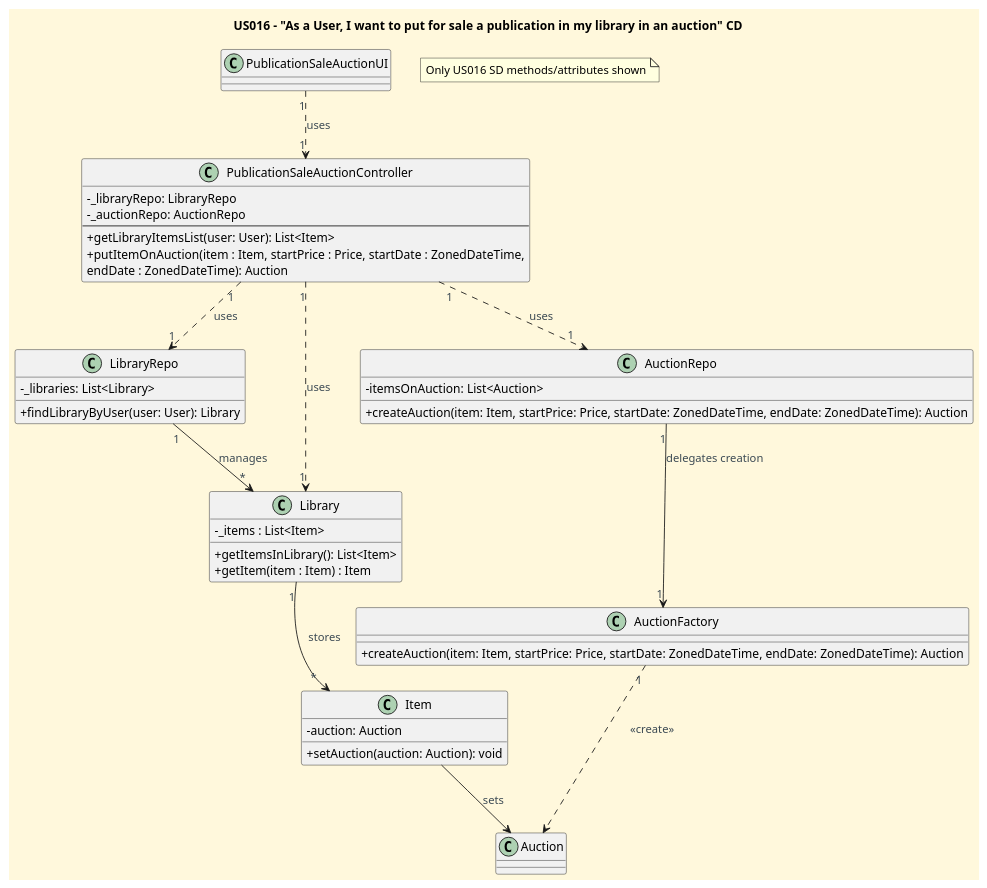
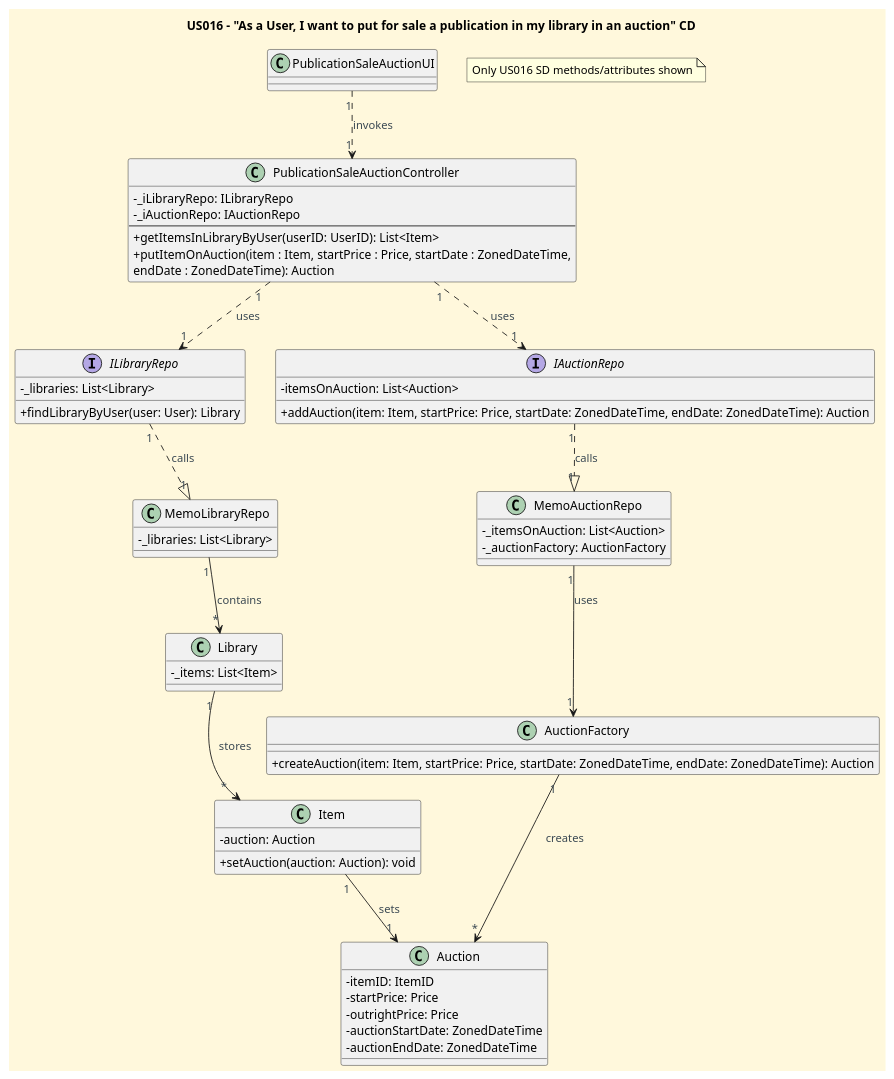
One commit to CarolinaLeite-collab/JavaMarketplacePlatform changed the diagram in docs/userStories/US016/US016_publication_sale_auction_CD.puml. Above: the diagram before and after it, drawn with PlantUML. The commit also changed 1 other file, not shown here.

Commit message:
Modified the CD and SD diagrams of US016 according to DDD, #386

```diff
--- a/docs/userStories/US016/US016_publication_sale_auction_CD.puml
+++ b/docs/userStories/US016/US016_publication_sale_auction_CD.puml
@@ -1,81 +1,97 @@
 @startuml
 'https://plantuml.com/class-diagram
 title US016 – "As a User, I want to put for sale a publication in my library in an auction" CD
 
 '==== basic style ====
 skinparam monochrome false
 skinparam shadowing false
 skinparam defaultFontName Futura
 skinparam objectFontSize 20
 skinparam backgroundColor CornSilk
 skinparam objectBackgroundColor WhiteSmoke
 skinparam noteBackgroundColor #FFFFE0
 skinparam ArrowFontColor #3B4953
 skinparam ActivationBackgroundColor black
 skinparam classAttributeIconSize 0
 
 '=== Classes ===
 class PublicationSaleAuctionUI {
 }
 
 class PublicationSaleAuctionController {
-  - _libraryRepo: LibraryRepo
-  - _auctionRepo: AuctionRepo
+  - _iLibraryRepo: ILibraryRepo
+  - _iAuctionRepo: IAuctionRepo
   --
-  + getLibraryItemsList(user: User): List<Item>
+  + getItemsInLibraryByUser(userID: UserID): List<Item>
   + putItemOnAuction(item : Item, startPrice : Price, startDate : ZonedDateTime,
                             endDate : ZonedDateTime): Auction
 }
 
-class LibraryRepo {
+Interface ILibraryRepo {
   - _libraries: List<Library>
   + findLibraryByUser(user: User): Library
 }
 
-class Library {
-  - _items : List<Item>
-  + getItemsInLibrary(): List<Item>
-  + getItem(item : Item) : Item
+class MemoLibraryRepo {
+  - _libraries: List<Library>
 }
+
 
 class Item {
   - auction: Auction
   + setAuction(auction: Auction): void
 }
 
-class AuctionRepo {
+Interface IAuctionRepo {
   - itemsOnAuction: List<Auction>
-  + createAuction(item: Item, startPrice: Price, startDate: ZonedDateTime, endDate: ZonedDateTime): Auction
+  + addAuction(item: Item, startPrice: Price, startDate: ZonedDateTime, endDate: ZonedDateTime): Auction
+}
+
+class MemoAuctionRepo {
+-_itemsOnAuction: List<Auction>
+-_auctionFactory: AuctionFactory
 }
 
 class Auction {
+- itemID: ItemID
+- startPrice: Price
+- outrightPrice: Price
+- auctionStartDate: ZonedDateTime
+- auctionEndDate: ZonedDateTime
 }
 
 class AuctionFactory {
   + createAuction(item: Item, startPrice: Price, startDate: ZonedDateTime, endDate: ZonedDateTime): Auction
 }
 
+class Library {
+-_items: List<Item>
+}
+
 '=== Relationships ===
 ' UI → Controller
-PublicationSaleAuctionUI "1" ..> "1" PublicationSaleAuctionController : uses
+PublicationSaleAuctionUI "1" ..> "1" PublicationSaleAuctionController : invokes
 
-' Controller → Repos
-PublicationSaleAuctionController "1" ..> "1" LibraryRepo : uses
-PublicationSaleAuctionController "1" ..> "1" Library : uses
-PublicationSaleAuctionController "1" ..> "1" AuctionRepo : uses
+' Controller → Interfaces
+PublicationSaleAuctionController "1" ..> "1" ILibraryRepo : uses
+PublicationSaleAuctionController "1" ..> "1" IAuctionRepo : uses
 
-' Repos → Domain objects
-LibraryRepo "1" --> "*" Library : manages
+' Interfaces → Repos
+ILibraryRepo "1" ..|> "1" MemoLibraryRepo : calls
+IAuctionRepo "1" ..|> "1" MemoAuctionRepo : calls
 
 ' Repos delegate creation to factories
-AuctionRepo "1" --> "1" AuctionFactory : delegates creation
-AuctionFactory "1" ..> Auction : <<create>>
+MemoAuctionRepo "1" --> "1" AuctionFactory : uses
+AuctionFactory "1" --> "*" Auction : creates
 
+MemoLibraryRepo "1" --> "*" Library : contains
 Library "1" --> "*" Item : stores
-Item --> Auction : sets
+
+' Tem sets Auction
+Item "1" --> "1" Auction : sets
 
 note as N1
  Only US016 SD methods/attributes shown
 end note
 
 @enduml
```
